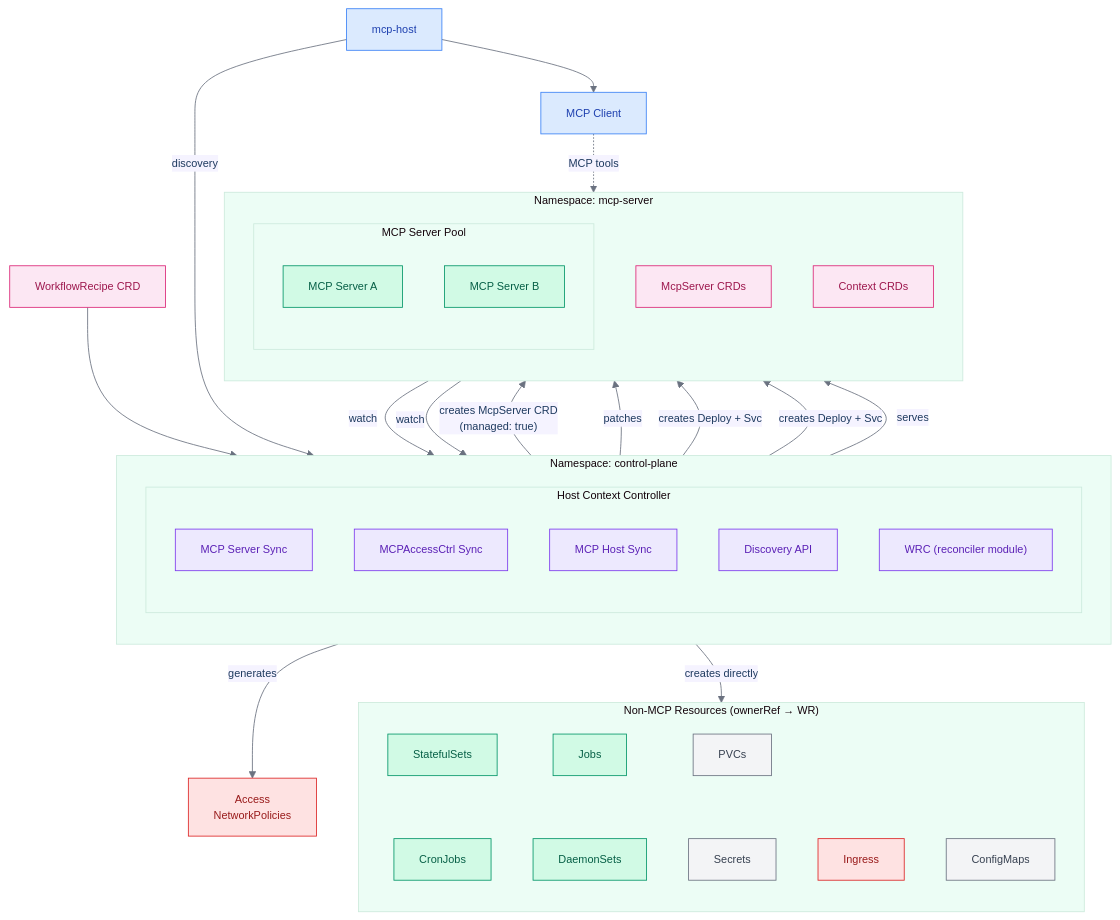
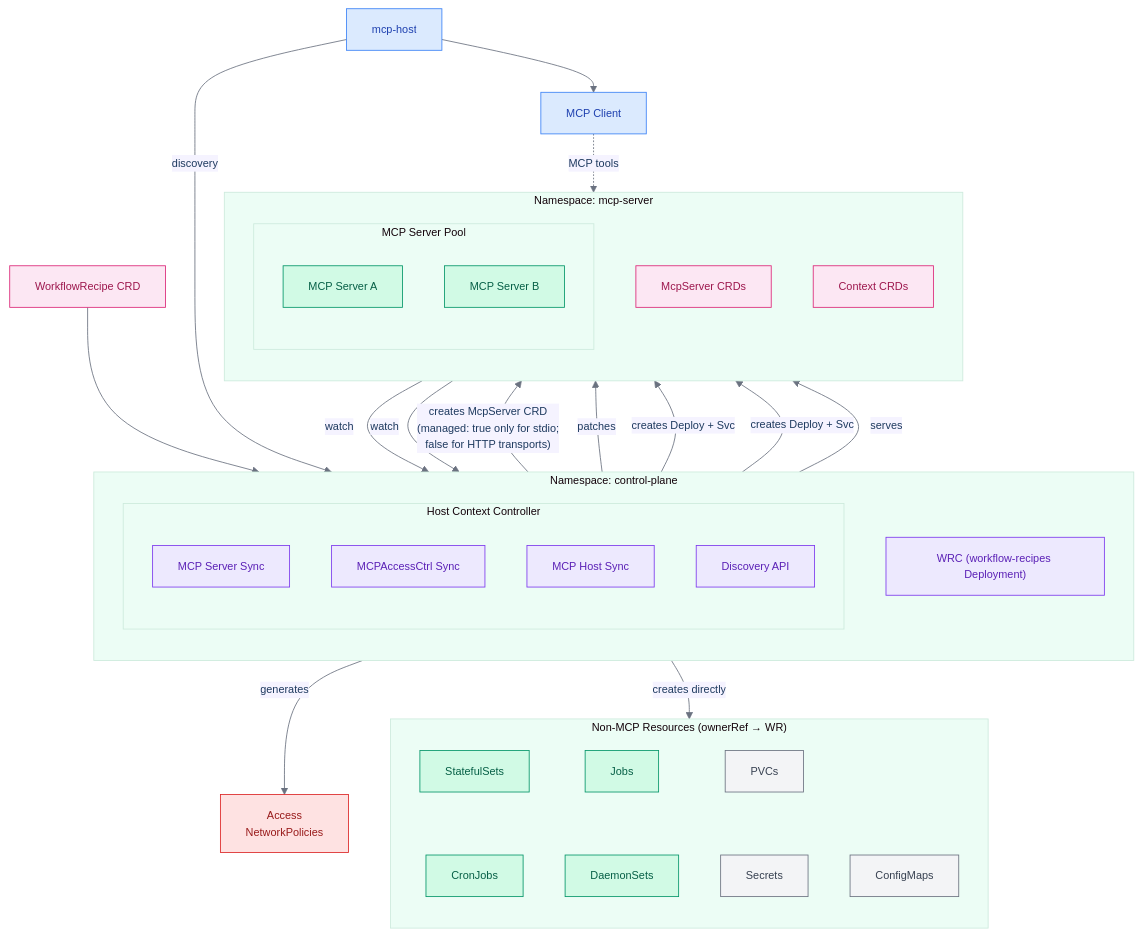
Before and after one commit to evenfire-ai/evenfire: the second of 4 diagrams in docs/crds/workflowrecipe.md, drawn with Mermaid. The commit also changed other lines of this file and 20 other files, not shown here.

````diff
--- a/docs/crds/workflowrecipe.md
+++ b/docs/crds/workflowrecipe.md
@@ -252,8 +252,8 @@
             MAP_OP["MCPAccessCtrl Sync"]
             MH_OP["MCP Host Sync"]
             DISC_API["Discovery API"]
-            WRR["WRC (reconciler module)"]
         end
+        WRR["WRC (workflow-recipes Deployment)"]
     end
 
     subgraph NS_MCP["Namespace: mcp-server"]
@@ -275,13 +275,12 @@
         direction TB
         STS["StatefulSets"] ~~~ CJ["CronJobs"]
         JOB["Jobs"] ~~~ DS["DaemonSets"]
-        ING["Ingress"]
         PVC["PVCs"] ~~~ SEC["Secrets"]
         CM_RES["ConfigMaps"]
     end
 
     WRR -->|"creates directly"| CREATED
-    WRR -->|"creates McpServer CRD<br/>(managed: true)"| MCS_CRD
+    WRR -->|"creates McpServer CRD<br/>(managed: true only for stdio;<br/>false for HTTP transports)"| MCS_CRD
     WRR -->|"patches"| CTX_CRD
 
     MCS_CRD -->|"watch"| MCS_OP
@@ -310,7 +309,7 @@
     class WRR,MCS_OP,MAP_OP,MH_OP,DISC_API operator
     class MCP_A,MCP_B workload
     class STS,CJ,JOB,DS workload
-    class NP,ING,NP_GEN security
+    class NP,NP_GEN security
     class PVC,SEC,CM_RES storage
     class WR,MCS_CRD,CTX_CRD crd
 ```
````
